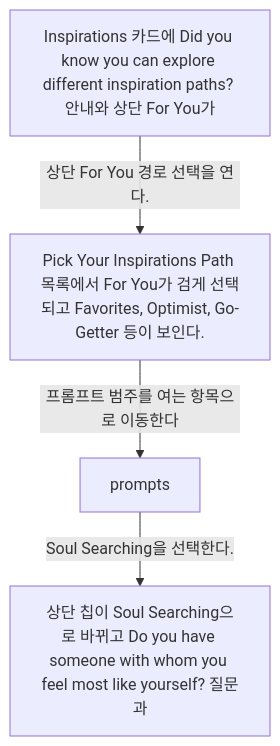
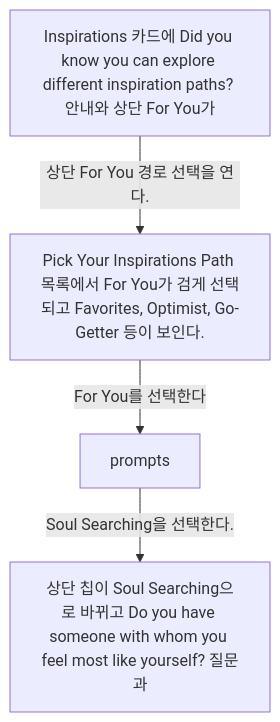
One commit to Dev-Corgi/Stoic-Build-Clone-Test changed the diagram in docs/Stoic/flows/choosing-a-prompt-category-from-inspirations-d3701069/README.md. Above: the diagram before and after it, drawn with Mermaid. The commit also changed other lines of this file and 23 other files, not shown here.

Commit message:
docs: verify Stoic flows with user-confirmed transitions

````diff
--- a/docs/Stoic/flows/choosing-a-prompt-category-from-inspirations-d3701069/README.md
+++ b/docs/Stoic/flows/choosing-a-prompt-category-from-inspirations-d3701069/README.md
@@ -8,10 +8,10 @@
 ```mermaid
 flowchart TD
   S1["Inspirations 카드에 Did you know you can explore different inspiration paths? 안내와 상단 For You가"]
   S1 -->|상단 For You 경로 선택을 연다.| S2
   S2["Pick Your Inspirations Path 목록에서 For You가 검게 선택되고 Favorites, Optimist, Go-Getter 등이 보인다."]
-  S2 -->|프롬프트 범주를 여는 항목으로 이동한다| S3
+  S2 -->|For You를 선택한다| S3
   S3["prompts"]
   S3 -->|Soul Searching을 선택한다.| S4
   S4["상단 칩이 Soul Searching으로 바뀌고 Do you have someone with whom you feel most like yourself? 질문과 "]
 ```
````
